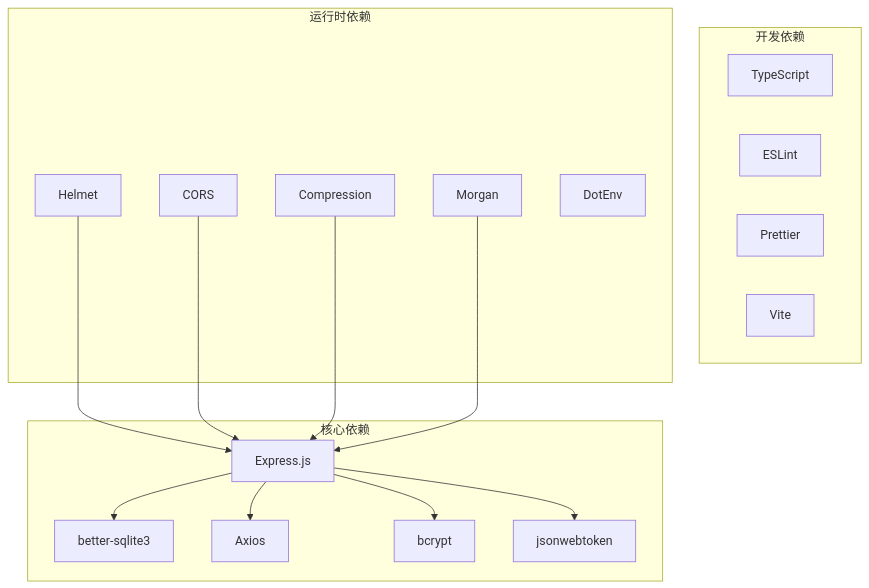
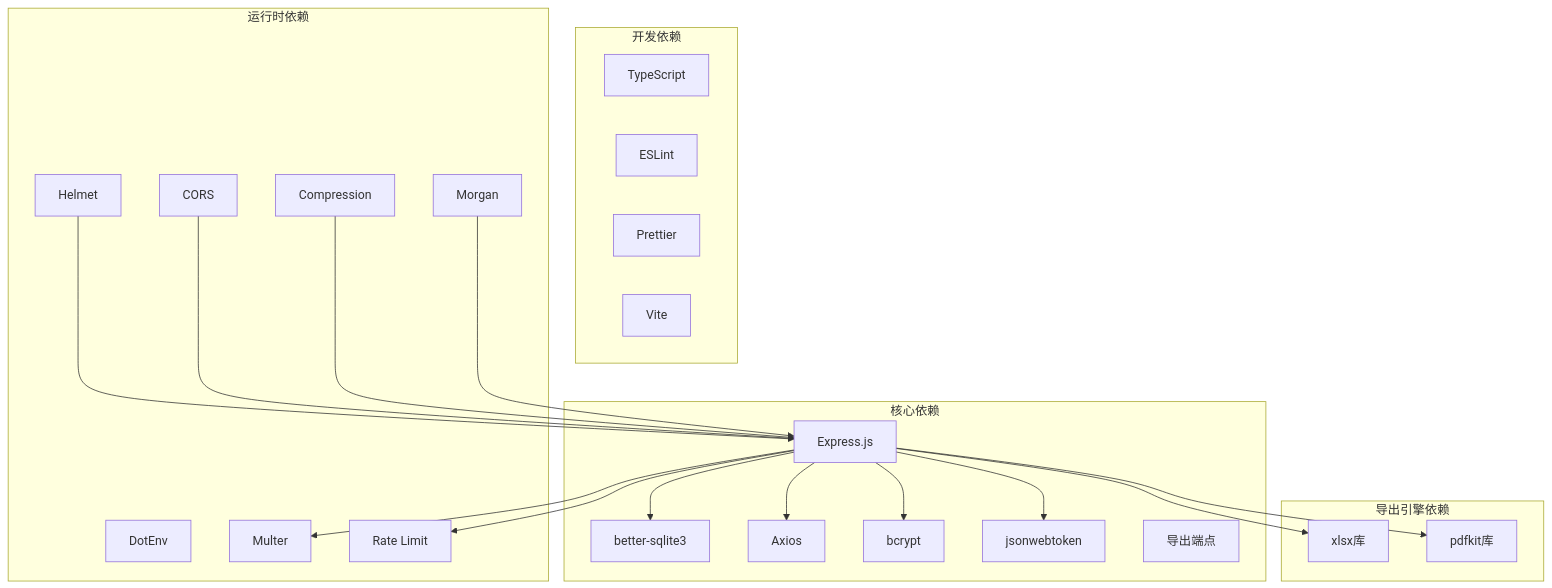
One commit to xpretycn/TingStudio changed diagram 13 of 15 in .qoder/repowiki/zh/content/核心功能模块/导出管理系统.md. Above: the diagram before and after it, drawn with Mermaid. The commit also changed other lines of this file and 56 other files, not shown here.

````diff
--- a/.qoder/repowiki/zh/content/核心功能模块/导出管理系统.md
+++ b/.qoder/repowiki/zh/content/核心功能模块/导出管理系统.md
@@ -427,31 +635,46 @@
 ```mermaid
 graph TB
 subgraph "核心依赖"
 EXPRESS[Express.js]
 SQLITE[better-sqlite3]
 AXIOS[Axios]
 BCRYPT[bcrypt]
 JWT[jsonwebtoken]
+ENDPOINT[导出端点]
+end
+subgraph "导出引擎依赖"
+XLSX[xlsx库]
+PDFKIT[pdfkit库]
+ENDPOINT[导出端点]
+ENDPOINT[导出端点]
 end
 subgraph "开发依赖"
 TYPESCRIPT[TypeScript]
 ESLINT[ESLint]
 PRETTIER[Prettier]
 VITE[Vite]
+ENDPOINT[导出端点]
 end
 subgraph "运行时依赖"
 HELMET[Helmet]
 CORS[CORS]
 COMPRESSION[Compression]
 MORGAN[Morgan]
 DOTENV[DotEnv]
+MULTER[Multer]
+RATELIMIT[Rate Limit]
+ENDPOINT[导出端点]
 end
 EXPRESS --> SQLITE
 EXPRESS --> AXIOS
 EXPRESS --> JWT
 EXPRESS --> BCRYPT
+EXPRESS --> XLSX
+EXPRESS --> PDFKIT
+EXPRESS --> MULTER
+EXPRESS --> RATELIMIT
 HELMET --> EXPRESS
 CORS --> EXPRESS
 COMPRESSION --> EXPRESS
 MORGAN --> EXPRESS
 ```
````
